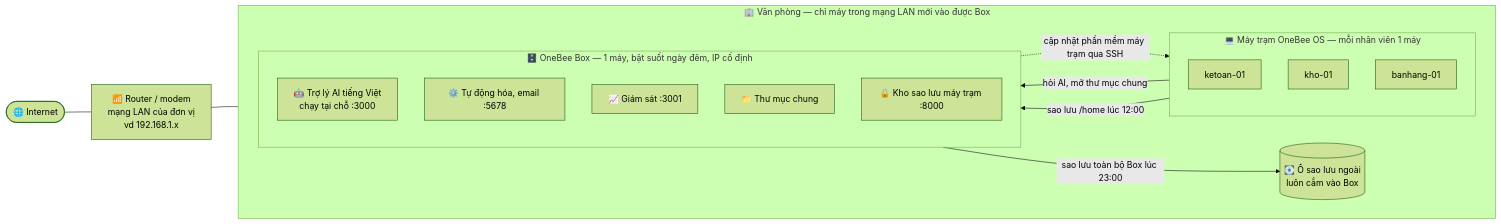
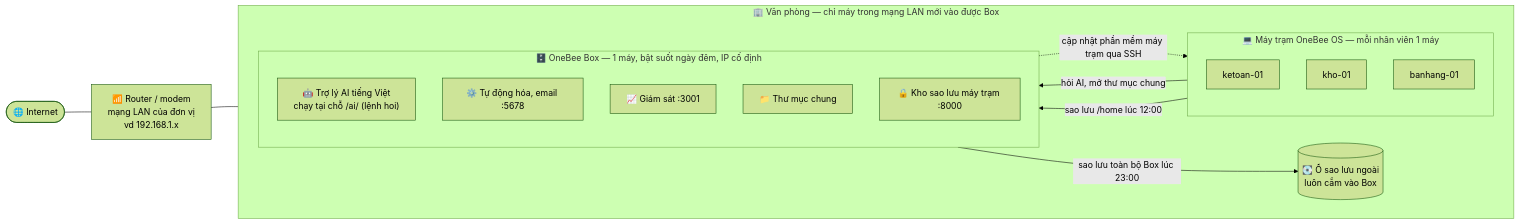
Before and after one commit to mthien07/da3-he-dieu-hanh-va-tu-dong-hoa-open-source: the first of 4 diagrams in docs/huong-dan/huong-dan-cai-dat-tu-a-den-z.md, drawn with Mermaid (forest theme). The commit also changed other lines of this file and 14 other files, not shown here.

````diff
--- a/docs/huong-dan/huong-dan-cai-dat-tu-a-den-z.md
+++ b/docs/huong-dan/huong-dan-cai-dat-tu-a-den-z.md
@@ -19,32 +19,32 @@
 ```mermaid
 flowchart LR
     NET(["🌐 Internet"])
     ROUTER["📶 Router / modem<br/>mạng LAN của đơn vị<br/>vd 192.168.1.x"]
 
     subgraph VP["🏢 Văn phòng — chỉ máy trong mạng LAN mới vào được Box"]
         direction LR
         subgraph TRAM["💻 Máy trạm OneBee OS — mỗi nhân viên 1 máy"]
             direction TB
             T1["ketoan-01"]
             T2["kho-01"]
             T3["banhang-01"]
         end
         subgraph BOX["🗄️ OneBee Box — 1 máy, bật suốt ngày đêm, IP cố định"]
             direction TB
-            AI["🤖 Trợ lý AI tiếng Việt<br/>chạy tại chỗ :3000"]
+            AI["🤖 Trợ lý AI tiếng Việt<br/>chạy tại chỗ /ai/ (lệnh hoi)"]
             N8N["⚙️ Tự động hóa, email :5678"]
             KUMA["📈 Giám sát :3001"]
             SMB["📁 Thư mục chung"]
             KHO["🔒 Kho sao lưu máy trạm :8000"]
         end
         USB[("💽 Ổ sao lưu ngoài<br/>luôn cắm vào Box")]
     end
 
     NET --- ROUTER
     ROUTER --- TRAM
     ROUTER --- BOX
     TRAM -- "hỏi AI, mở thư mục chung" --> BOX
     TRAM -- "sao lưu /home lúc 12:00" --> KHO
     BOX -- "sao lưu toàn bộ Box lúc 23:00" --> USB
     BOX -. "cập nhật phần mềm máy trạm qua SSH" .-> TRAM
 ```
````
